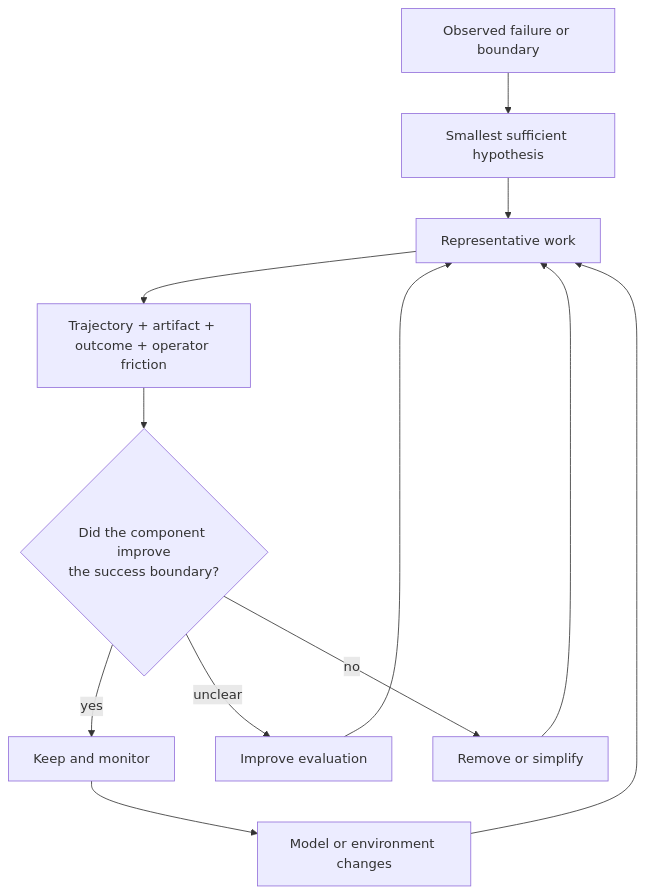
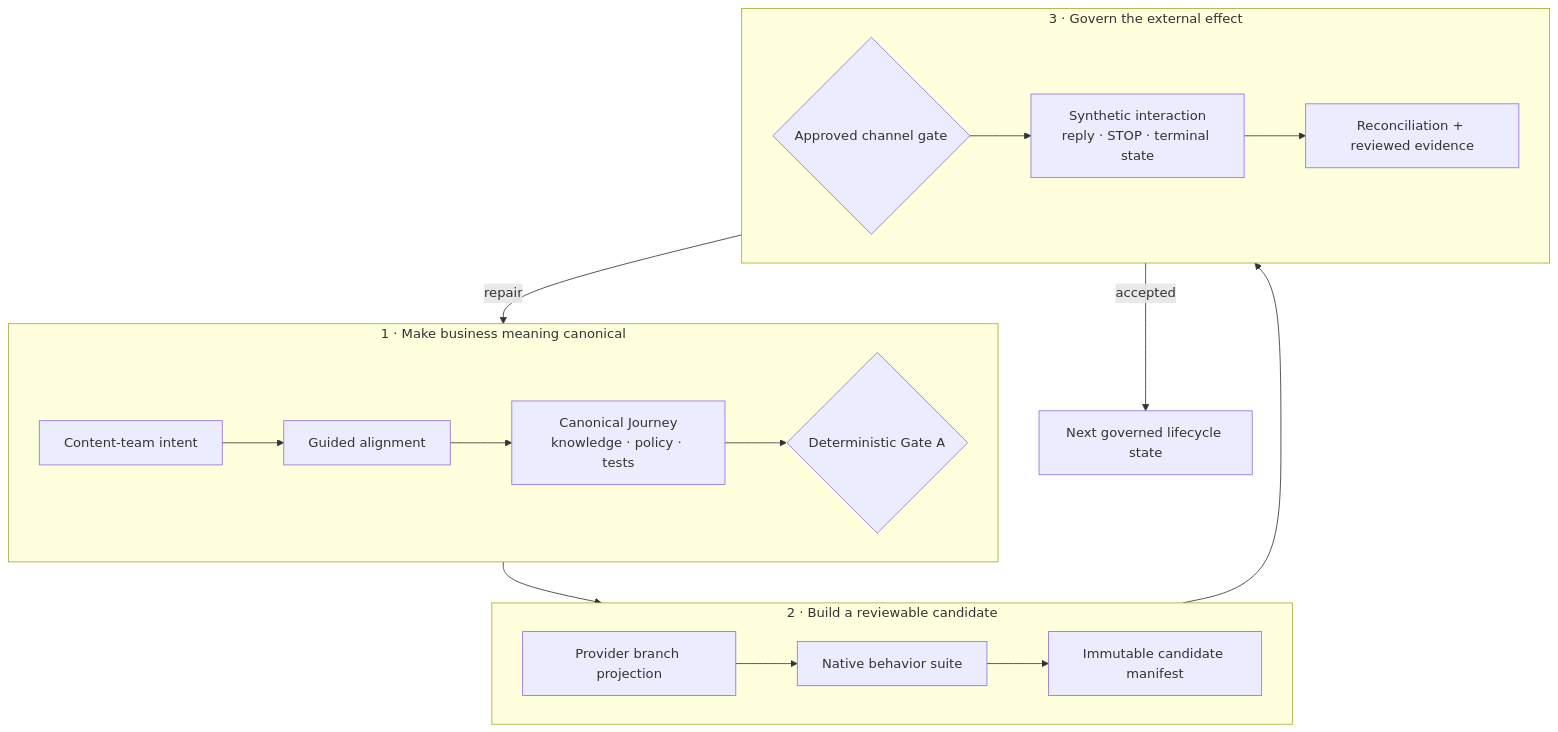
One commit to yiwei79/root-azoth changed the sixth of 6 diagrams in docs/case-studies/narrow-success-broad-failure.md. Above: the diagram before and after it, drawn with Mermaid. The commit also changed other lines of this file and 5 other files, not shown here.

````diff
--- a/docs/case-studies/narrow-success-broad-failure.md
+++ b/docs/case-studies/narrow-success-broad-failure.md
@@ -229,14 +328,26 @@
 ```mermaid
 flowchart TB
-    F["Observed failure or boundary"] --> H["Smallest sufficient hypothesis"]
-    H --> R["Representative work"]
-    R --> E["Trajectory + artifact + outcome + operator friction"]
-    E --> J{"Did the component improve<br/>the success boundary?"}
-    J -->|yes| K["Keep and monitor"]
-    J -->|unclear| M["Improve evaluation"]
-    J -->|no| X["Remove or simplify"]
-    K --> C["Model or environment changes"]
-    M --> R
-    X --> R
-    C --> R
+    subgraph M["1 · Make business meaning canonical"]
+        direction LR
+        A["Content-team intent"] --> B["Guided alignment"]
+        B --> C["Canonical Journey<br/>knowledge · policy · tests"]
+        C --> D{"Deterministic Gate A"}
+    end
+
+    subgraph CANDIDATE["2 · Build a reviewable candidate"]
+        direction LR
+        E["Provider branch projection"] --> F["Native behavior suite"]
+        F --> G["Immutable candidate manifest"]
+    end
+
+    subgraph EFFECT["3 · Govern the external effect"]
+        direction LR
+        H{"Approved channel gate"} --> I["Synthetic interaction<br/>reply · STOP · terminal state"]
+        I --> J["Reconciliation + reviewed evidence"]
+    end
+
+    D --> E
+    G --> H
+    J -->|repair| C
+    J -->|accepted| K["Next governed lifecycle state"]
 ```
````
